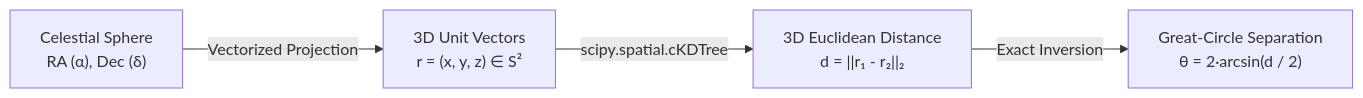
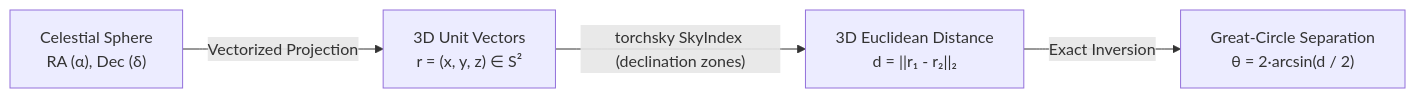
The second of 6 diagrams in docs/algorithms.md (astroai/xmatcher), drawn with Mermaid before and after one commit. The commit also changed other lines of this file and 10 other files, not shown here.

First line of the commit message:
docs: drop stale cKDTree and xmatcher[torchsky] references

````diff
--- a/docs/algorithms.md
+++ b/docs/algorithms.md
@@ -84,6 +84,6 @@
 ```mermaid
 flowchart LR
     A["Celestial Sphere<br/>RA (α), Dec (δ)"] -->|"Vectorized Projection"| B["3D Unit Vectors<br/>r = (x, y, z) &isin; S²"]
-    B -->|"scipy.spatial.cKDTree"| C["3D Euclidean Distance<br/>d = ||r₁ - r₂||₂"]
+    B -->|"torchsky SkyIndex (declination zones)"| C["3D Euclidean Distance<br/>d = ||r₁ - r₂||₂"]
     C -->|"Exact Inversion"| D["Great-Circle Separation<br/>θ = 2·arcsin(d / 2)"]
 ```
````
